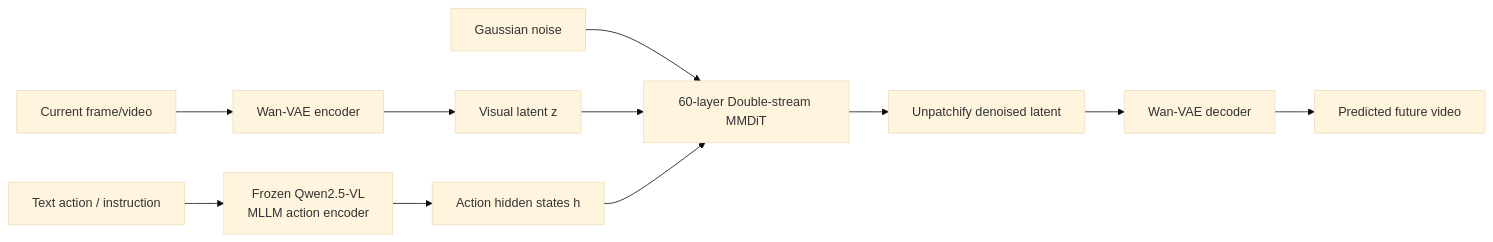
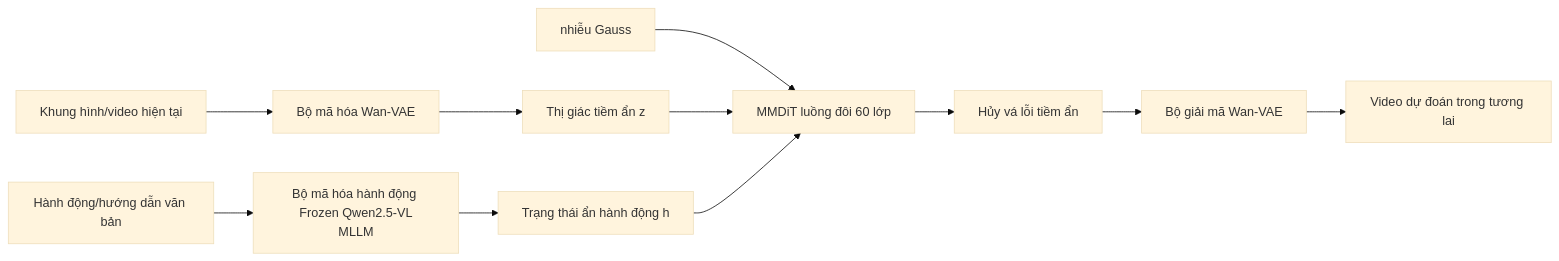
The first of 3 diagrams in docs/research_finding/01-gwen/qwen_models/Qwen-robotworld/architecture.md (cycler04/VinRobotics-VLA), drawn with Mermaid (base theme) before and after one commit. The commit also changed other lines of this file and 24 other files, not shown here.

````diff
--- a/docs/research_finding/01-gwen/qwen_models/Qwen-robotworld/architecture.md
+++ b/docs/research_finding/01-gwen/qwen_models/Qwen-robotworld/architecture.md
@@ -52,13 +52,13 @@
 ```mermaid
 flowchart LR
-  A[Text action / instruction] --> Q[Frozen Qwen2.5-VL<br/>MLLM action encoder]
-  Q --> H[Action hidden states h]
-  V[Current frame/video] --> E[Wan-VAE encoder]
-  E --> Z[Visual latent z]
-  N[Gaussian noise] --> D[60-layer Double-stream MMDiT]
+  A[Hành động/hướng dẫn văn bản] --> Q[Bộ mã hóa hành động Frozen Qwen2.5-VL<br/>MLLM]
+  Q --> H[Trạng thái ẩn hành động h]
+  V[Khung hình/video hiện tại] --> E[Bộ mã hóa Wan-VAE]
+  E --> Z[Thị giác tiềm ẩn z]
+  N[nhiễu Gauss] --> D[MMDiT luồng đôi 60 lớp]
   Z --> D
   H --> D
-  D --> U[Unpatchify denoised latent]
-  U --> Dec[Wan-VAE decoder]
-  Dec --> O[Predicted future video]
+  D --> U[Hủy vá lỗi tiềm ẩn]
+  U --> Dec[Bộ giải mã Wan-VAE]
+  Dec --> O[Video dự đoán trong tương lai]
 ```
````
